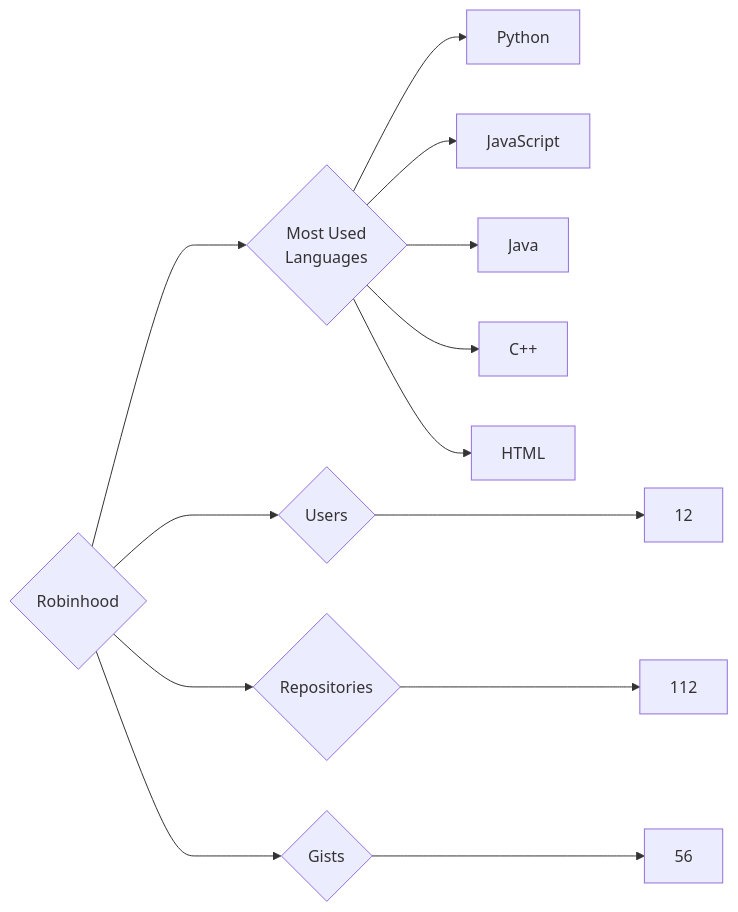
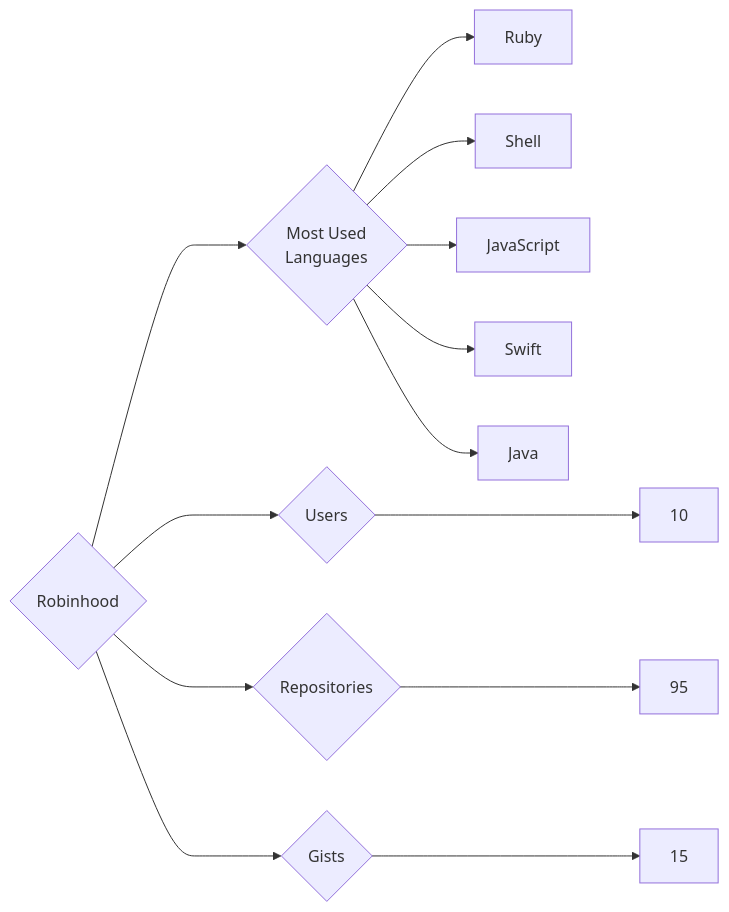
Before and after one commit to trickest/insiders: the diagram in targets/Robinhood/README.md, drawn with Mermaid. The commit also changed 1696 other files, not shown here.

````diff
--- a/targets/Robinhood/README.md
+++ b/targets/Robinhood/README.md
@@ -3,13 +3,13 @@
 ```mermaid
 graph LR
 COMPANY_NAME{Robinhood}
-COMPANY_NAME ---> U{Users} ---> UN[12]
-COMPANY_NAME ---> R{Repositories} ---> RN[112]
-COMPANY_NAME ---> G{Gists} ---> GN[56]
+COMPANY_NAME ---> U{Users} ---> UN[10]
+COMPANY_NAME ---> R{Repositories} ---> RN[95]
+COMPANY_NAME ---> G{Gists} ---> GN[15]
 COMPANY_NAME ---> ML{Most Used<br>Languages}
-ML --> Python[Python]
+ML --> Ruby[Ruby]
+ML --> Shell[Shell]
 ML --> JavaScript[JavaScript]
+ML --> Swift[Swift]
 ML --> Java[Java]
-ML --> C++[C++]
-ML --> HTML[HTML]
 ```
````
